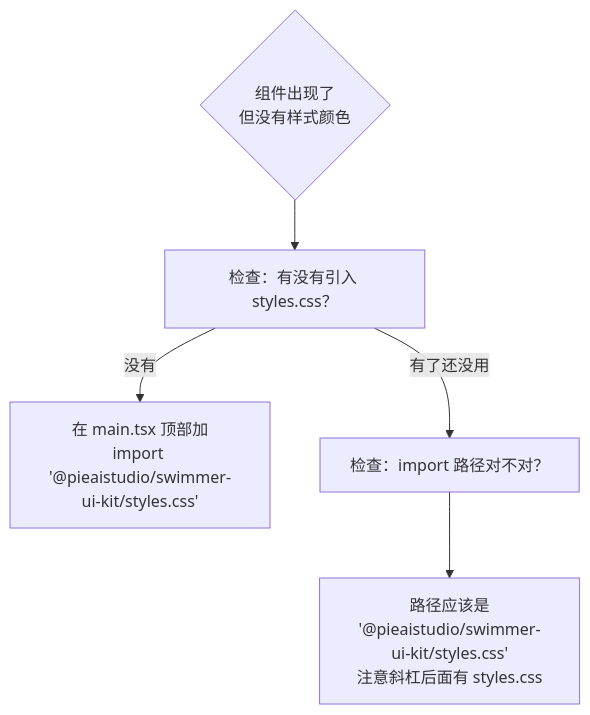
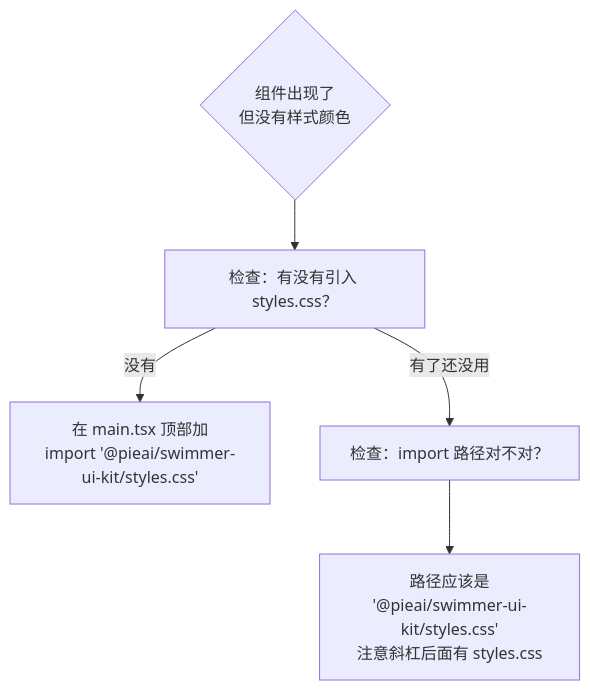
One commit to PieAIStudio/SwimmerUIKit changed the fourth of 5 diagrams in doc/LearningFrom0/04-use-in-new-app.md. Above: the diagram before and after it, drawn with Mermaid. The commit also changed other lines of this file and 16 other files, not shown here.

````diff
--- a/doc/LearningFrom0/04-use-in-new-app.md
+++ b/doc/LearningFrom0/04-use-in-new-app.md
@@ -216,8 +205,8 @@
 ```mermaid
 graph TD
     BUG{"组件出现了\n但没有样式颜色"}
     BUG --> CHECK["检查：有没有引入 styles.css？"]
-    CHECK -->|没有| FIX1["在 main.tsx 顶部加\nimport '@pieaistudio/swimmer-ui-kit/styles.css'"]
+    CHECK -->|没有| FIX1["在 main.tsx 顶部加\nimport '@pieai/swimmer-ui-kit/styles.css'"]
     CHECK -->|有了还没用| CHECK2["检查：import 路径对不对？"]
-    CHECK2 --> FIX2["路径应该是\n'@pieaistudio/swimmer-ui-kit/styles.css'\n注意斜杠后面有 styles.css"]
+    CHECK2 --> FIX2["路径应该是\n'@pieai/swimmer-ui-kit/styles.css'\n注意斜杠后面有 styles.css"]
 ```
````
